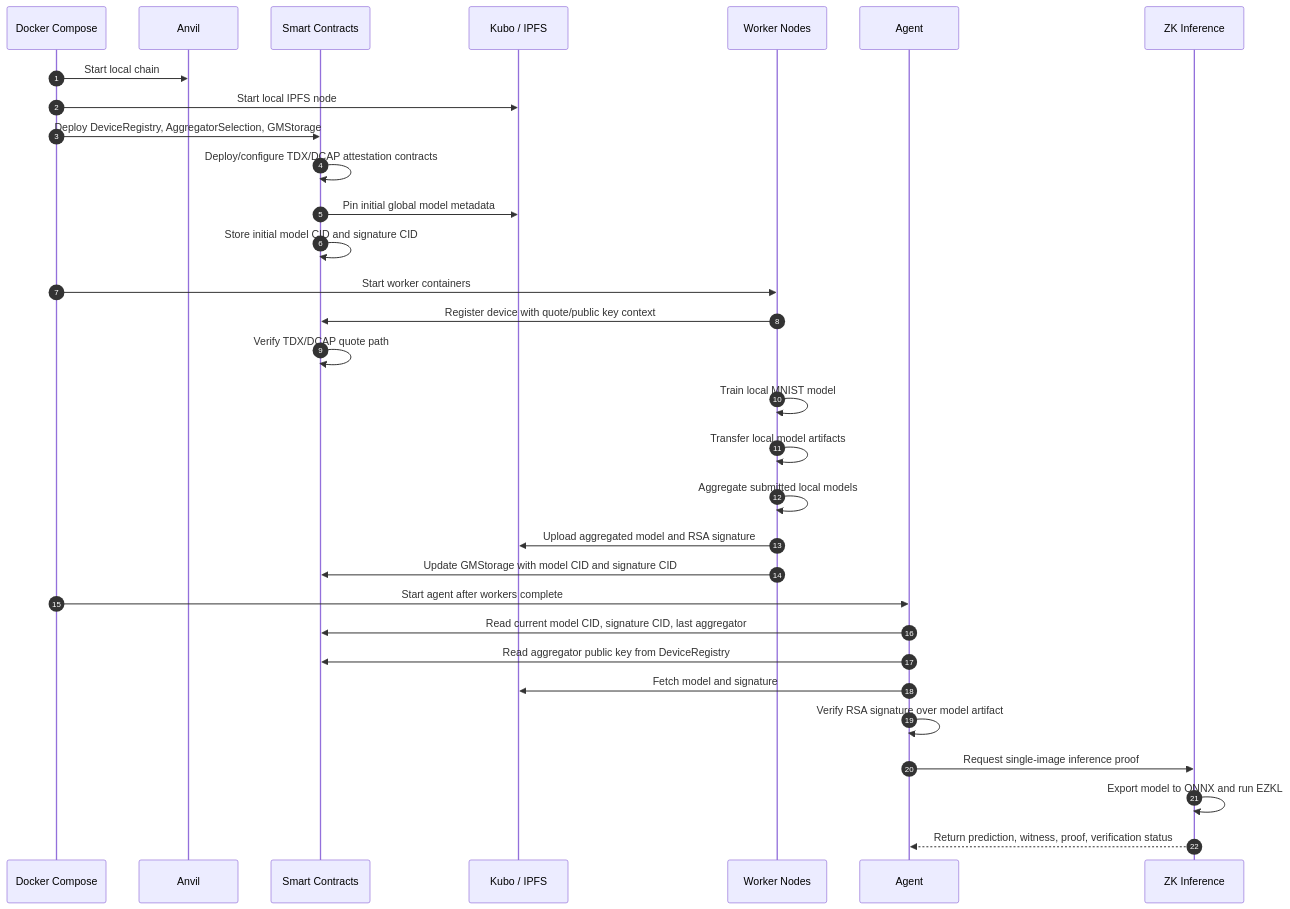
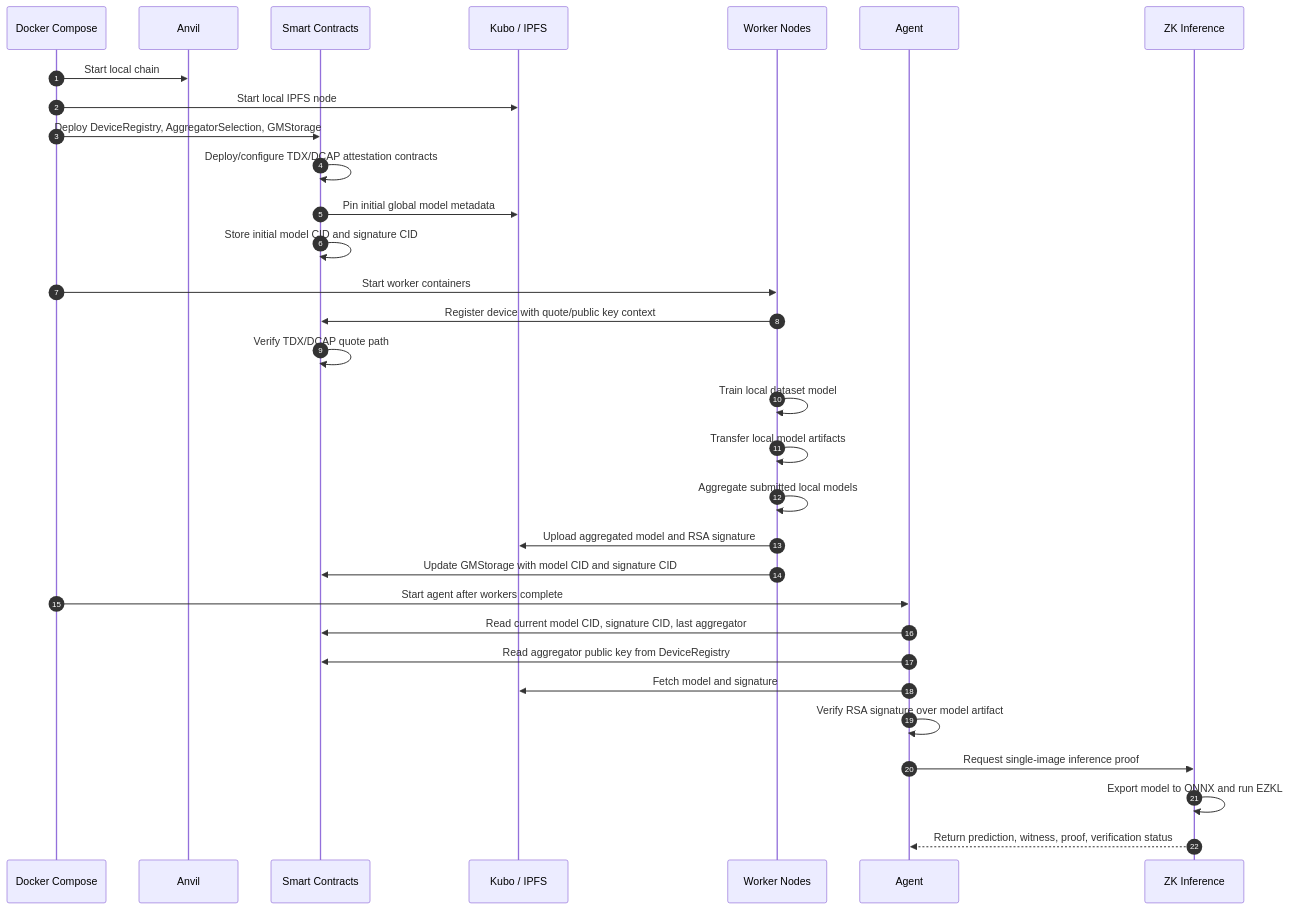
The second of 2 diagrams in README.md (uZhW8Rgl/vita-fl), drawn with Mermaid before and after one commit. The commit also changed other lines of this file and 53 other files, not shown here.

````diff
--- a/README.md
+++ b/README.md
@@ -120,36 +120,36 @@
 ```mermaid
 sequenceDiagram
   autonumber
   participant Compose as Docker Compose
   participant Anvil as Anvil
   participant SC as Smart Contracts
   participant IPFS as Kubo / IPFS
   participant W as Worker Nodes
   participant A as Agent
   participant ZK as ZK Inference
 
   Compose->>Anvil: Start local chain
   Compose->>IPFS: Start local IPFS node
   Compose->>SC: Deploy DeviceRegistry, AggregatorSelection, GMStorage
   SC->>SC: Deploy/configure TDX/DCAP attestation contracts
   SC->>IPFS: Pin initial global model metadata
   SC->>SC: Store initial model CID and signature CID
 
   Compose->>W: Start worker containers
   W->>SC: Register device with quote/public key context
   SC->>SC: Verify TDX/DCAP quote path
-  W->>W: Train local MNIST model
+  W->>W: Train local dataset model
   W->>W: Transfer local model artifacts
   W->>W: Aggregate submitted local models
   W->>IPFS: Upload aggregated model and RSA signature
   W->>SC: Update GMStorage with model CID and signature CID
 
   Compose->>A: Start agent after workers complete
   A->>SC: Read current model CID, signature CID, last aggregator
   A->>SC: Read aggregator public key from DeviceRegistry
   A->>IPFS: Fetch model and signature
   A->>A: Verify RSA signature over model artifact
   A->>ZK: Request single-image inference proof
   ZK->>ZK: Export model to ONNX and run EZKL
   ZK-->>A: Return prediction, witness, proof, verification status
 ```
````
